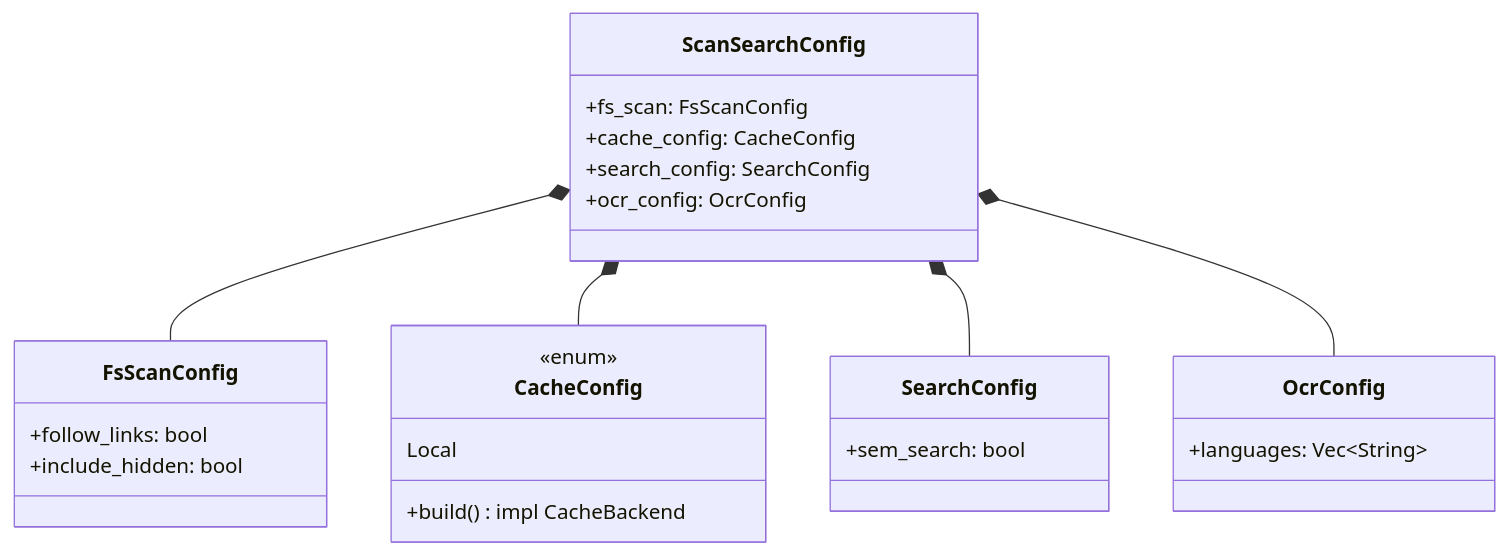
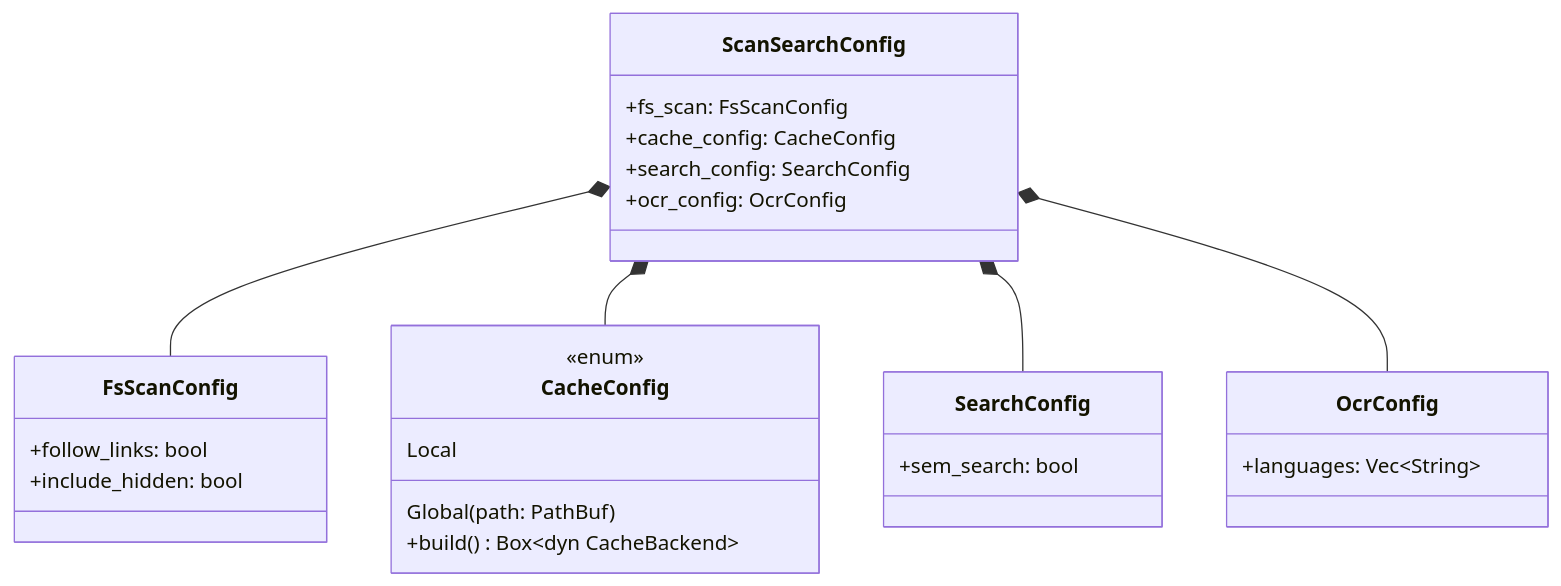
One commit to damian-ds7/zpr-scan-search changed the second of 8 diagrams in docs/architecture_uml.md. Above: the diagram before and after it, drawn with Mermaid. The commit also changed other lines of this file and 1 other file, not shown here.

Commit message:
docs: upate docs for global cache

````diff
--- a/docs/architecture_uml.md
+++ b/docs/architecture_uml.md
@@ -47,35 +47,36 @@
 ```mermaid
 classDiagram
     direction TB
 
     class ScanSearchConfig {
         +fs_scan: FsScanConfig
         +cache_config: CacheConfig
         +search_config: SearchConfig
         +ocr_config: OcrConfig
     }
 
     class FsScanConfig {
         +follow_links: bool
         +include_hidden: bool
     }
 
     class CacheConfig {
         <<enum>>
         Local
-        +build() impl CacheBackend
+        Global(path: PathBuf)
+        +build() Box~dyn CacheBackend~
     }
 
     class SearchConfig {
         +sem_search: bool
     }
 
     class OcrConfig {
         +languages: Vec~String~
     }
 
     ScanSearchConfig *-- FsScanConfig
     ScanSearchConfig *-- CacheConfig
     ScanSearchConfig *-- SearchConfig
     ScanSearchConfig *-- OcrConfig
 ```
````
